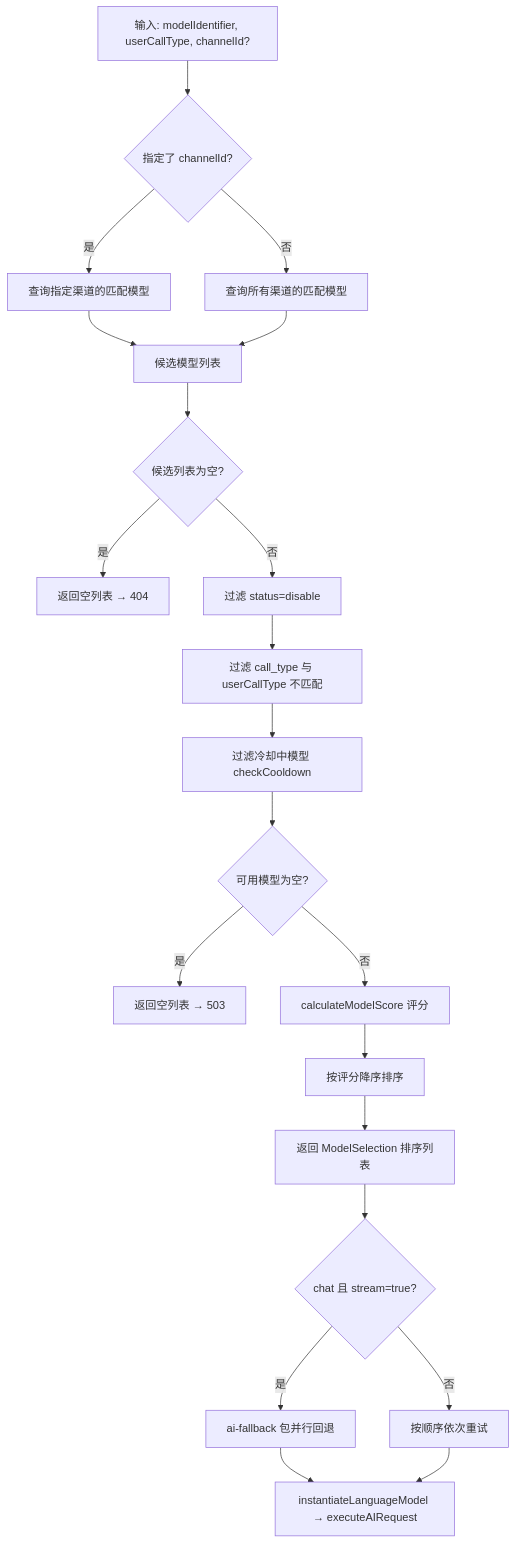
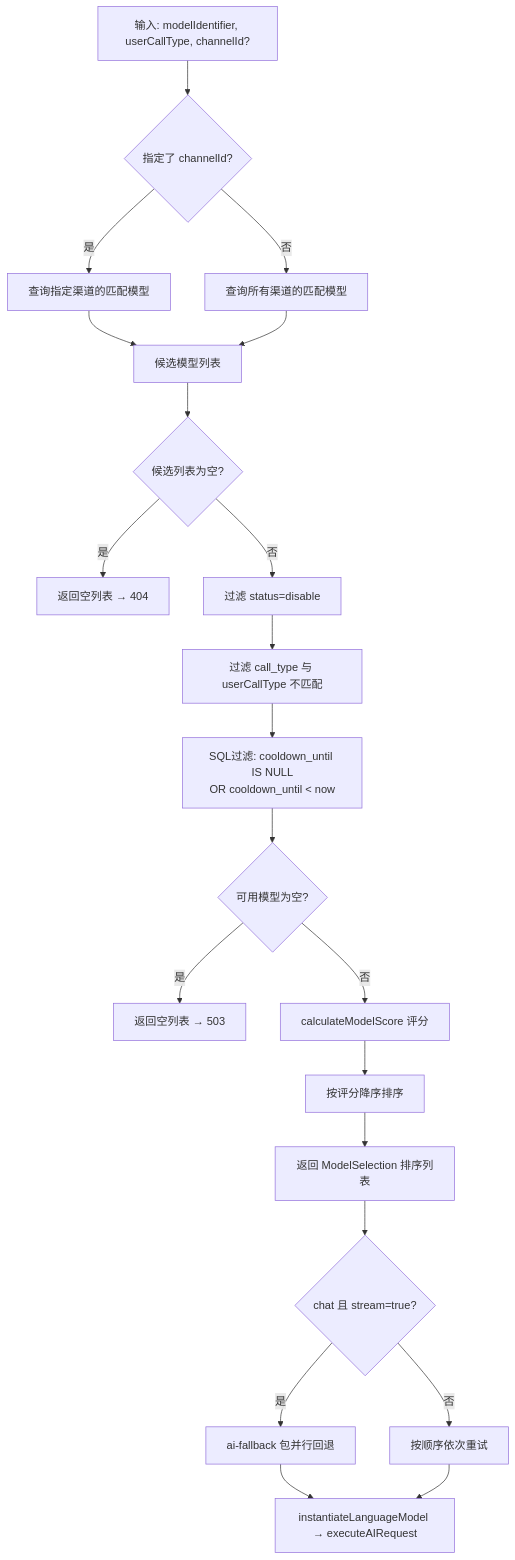
Before and after one commit to excing/open-ai-gateway: the sixth of 7 diagrams in DEVELOPMENT.md, drawn with Mermaid. The commit also changed other lines of this file and 1 other file, not shown here.

Commit message:
refactor: rename open_end_at to cooldown_until for clarity in cooldown logic

````diff
--- a/DEVELOPMENT.md
+++ b/DEVELOPMENT.md
@@ -1450,23 +1448,23 @@
 ```mermaid
 flowchart TD
     A[输入: modelIdentifier, userCallType, channelId?] --> B{指定了 channelId?}
     B -->|是| C[查询指定渠道的匹配模型]
     B -->|否| D[查询所有渠道的匹配模型]
     C --> E[候选模型列表]
     D --> E
     E --> F{候选列表为空?}
     F -->|是| G[返回空列表 → 404]
     F -->|否| H[过滤 status=disable]
     H --> I[过滤 call_type 与 userCallType 不匹配]
-    I --> J[过滤冷却中模型 checkCooldown]
+    I --> J[SQL过滤: cooldown_until IS NULL<br/>OR cooldown_until < now]
     J --> K{可用模型为空?}
     K -->|是| L[返回空列表 → 503]
     K -->|否| M[calculateModelScore 评分]
     M --> N[按评分降序排序]
     N --> O[返回 ModelSelection 排序列表]
     O --> P{chat 且 stream=true?}
     P -->|是| Q[ai-fallback 包并行回退]
     P -->|否| R[按顺序依次重试]
     Q --> S[instantiateLanguageModel → executeAIRequest]
     R --> S
 ```
````
